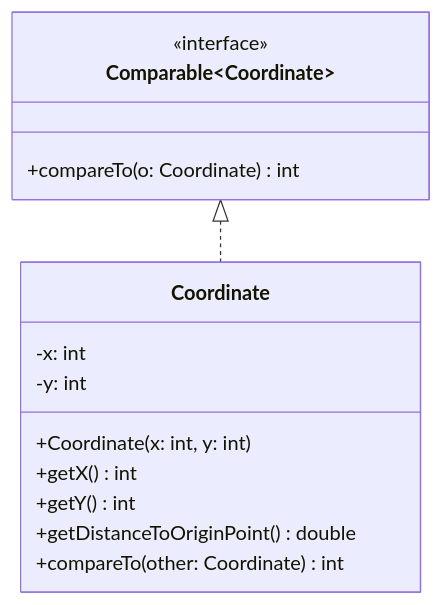
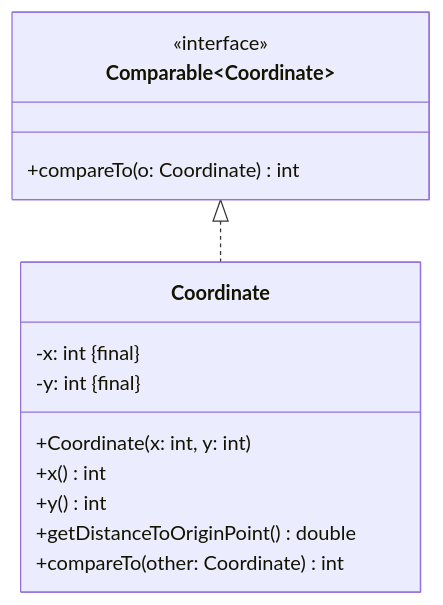
Before and after one commit to jappuccini/java-docs: the diagram in docs/exercises/comparators/comparators01.mdx, drawn with Mermaid. The commit also changed 33 other files, not shown here.

````diff
--- a/docs/exercises/comparators/comparators01.mdx
+++ b/docs/exercises/comparators/comparators01.mdx
@@ -14,19 +14,19 @@
 ```mermaid
 classDiagram
     Comparable~Coordinate~ <|.. Coordinate
 
     class Coordinate {
-        -x: int
-        -y: int
+        -x: int &#123final&#125
+        -y: int &#123final&#125
         +Coordinate(x: int, y: int)
-        +getX() int
-        +getY() int
+        +x() int
+        +y() int
         +getDistanceToOriginPoint() double
         +compareTo(other: Coordinate) int
     }
 
     class Comparable~Coordinate~ {
         <<interface>>
         +compareTo(o: Coordinate) int
     }
 ```
````
